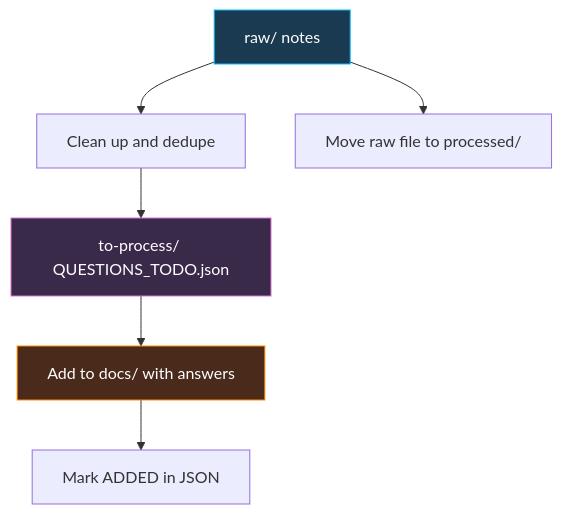
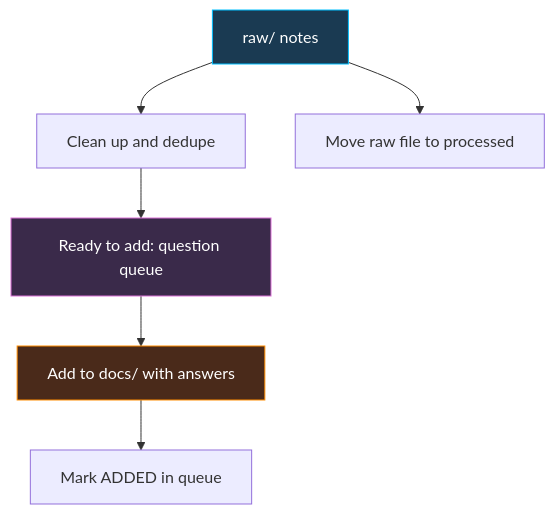
The second of 2 diagrams in CONTRIBUTING.md (ananduvt/anandu-interview-playbook), drawn with Mermaid before and after one commit. The commit also changed other lines of this file and 13 other files, not shown here.

````diff
--- a/CONTRIBUTING.md
+++ b/CONTRIBUTING.md
@@ -363,11 +366,11 @@
 ```mermaid
 graph TD
     A[raw/ notes] --> B[Clean up and dedupe]
-    B --> C[to-process/ QUESTIONS_TODO.json]
+    B --> C[Ready to add: question queue]
     C --> D[Add to docs/ with answers]
-    D --> E[Mark ADDED in JSON]
-    A --> F[Move raw file to processed/]
+    D --> E[Mark ADDED in queue]
+    A --> F[Move raw file to processed]
     style A fill:#1a3a52,stroke:#00bfff,color:#fff
     style C fill:#3a2a4a,stroke:#da70d6,color:#fff
     style D fill:#4a2a1a,stroke:#ff8c00,color:#fff
 ```
````
